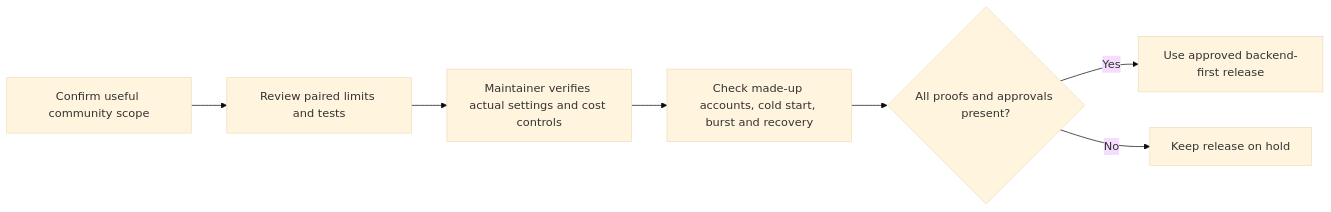
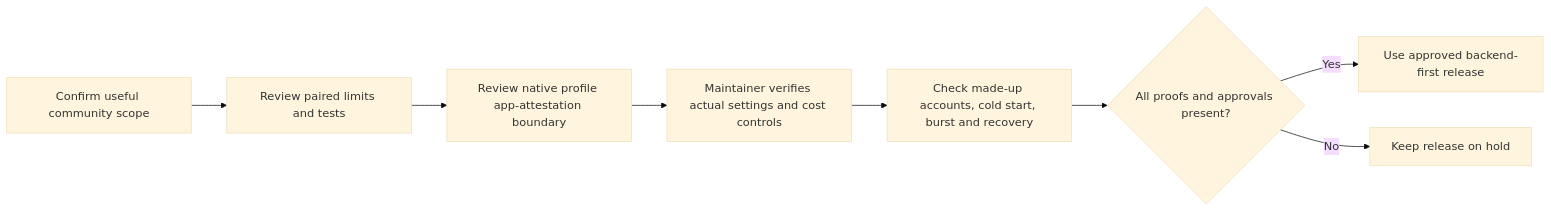
One commit to Run-MPRC/Run-MPRC.github.io changed the diagram in docs/officers/LOW_COST_COMMUNITY.md. Above: the diagram before and after it, drawn with Mermaid (base theme). The commit also changed other lines of this file and 5 other files, not shown here.

Commit message:
fix: require native App Check for profile recovery

````diff
--- a/docs/officers/LOW_COST_COMMUNITY.md
+++ b/docs/officers/LOW_COST_COMMUNITY.md
@@ -80,9 +102,10 @@
 ```mermaid
 flowchart LR
     Scope["Confirm useful community scope"] --> Source["Review paired limits and tests"]
-    Source --> Provider["Maintainer verifies actual settings and cost controls"]
+    Source --> App["Review native profile app-attestation boundary"]
+    App --> Provider["Maintainer verifies actual settings and cost controls"]
     Provider --> Quality["Check made-up accounts, cold start, burst and recovery"]
     Quality --> Decision{"All proofs and approvals present?"}
     Decision -- Yes --> Release["Use approved backend-first release"]
     Decision -- No --> Hold["Keep release on hold"]
 ```
````
